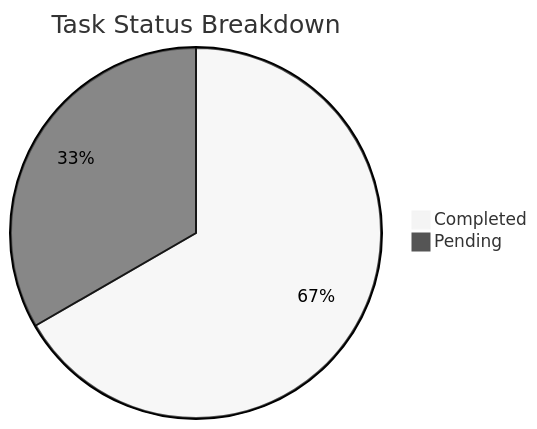
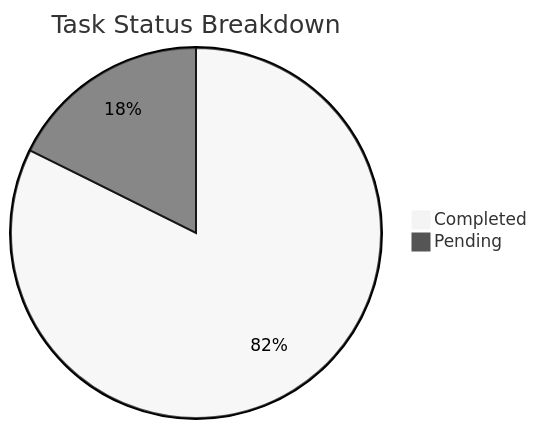
The first of 2 diagrams in KUD/Analytics.md (sagarms97/MyWorkDairy), drawn with Mermaid (neutral theme) before and after one commit. The commit also changed other lines of this file and 7 other files, not shown here.

````diff
--- a/KUD/Analytics.md
+++ b/KUD/Analytics.md
@@ -12,5 +12,5 @@
 ```mermaid
 pie title Task Status Breakdown
-    "Completed" : 10
-    "Pending" : 5
+    "Completed" : 14
+    "Pending" : 3
 ```
````
